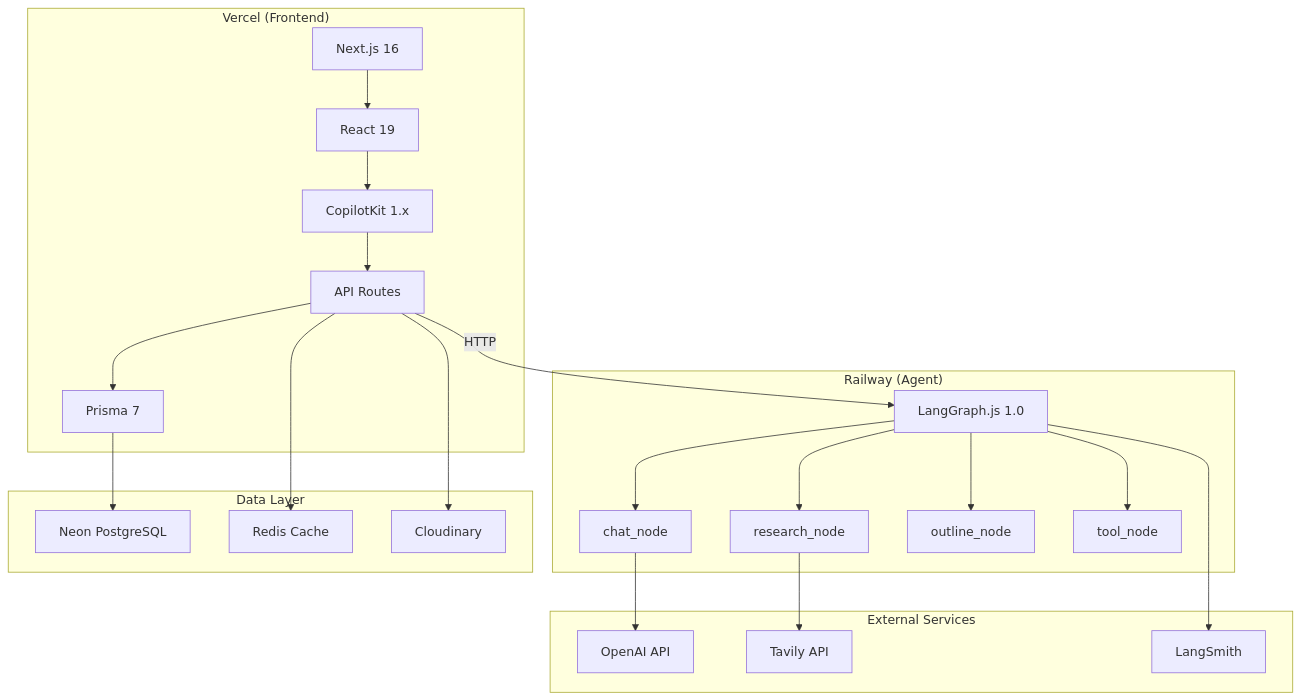
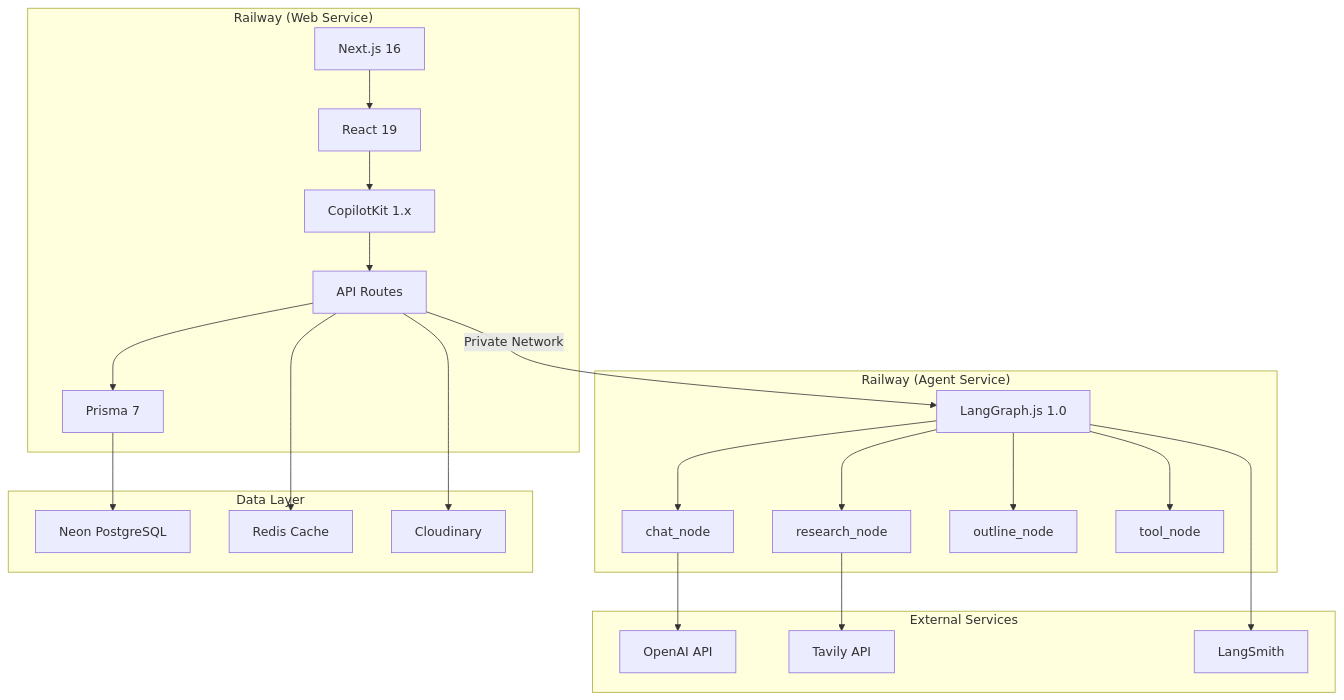
One commit to ChanMeng666/fanfic-lab changed the second of 5 diagrams in README.md. Above: the diagram before and after it, drawn with Mermaid. The commit also changed other lines of this file and 9 other files, not shown here.

First line of the commit message:
refactor: migrate from Vercel to Railway unified deployment

````diff
--- a/README.md
+++ b/README.md
@@ -287,36 +287,36 @@
 ```mermaid
 graph TB
-    subgraph "Vercel (Frontend)"
+    subgraph "Railway (Web Service)"
         A[Next.js 16] --> B[React 19]
         B --> C[CopilotKit 1.x]
         C --> D[API Routes]
         D --> E[Prisma 7]
     end
 
-    subgraph "Railway (Agent)"
+    subgraph "Railway (Agent Service)"
         F[LangGraph.js 1.0] --> G[chat_node]
         F --> H[research_node]
         F --> I[outline_node]
         F --> J[tool_node]
     end
 
     subgraph "External Services"
         K[OpenAI API]
         L[Tavily API]
         M[LangSmith]
     end
 
     subgraph "Data Layer"
         N[Neon PostgreSQL]
         O[Redis Cache]
         P[Cloudinary]
     end
 
-    D -->|HTTP| F
+    D -->|Private Network| F
     G --> K
     H --> L
     F --> M
     E --> N
     D --> O
     D --> P
 ```
````
